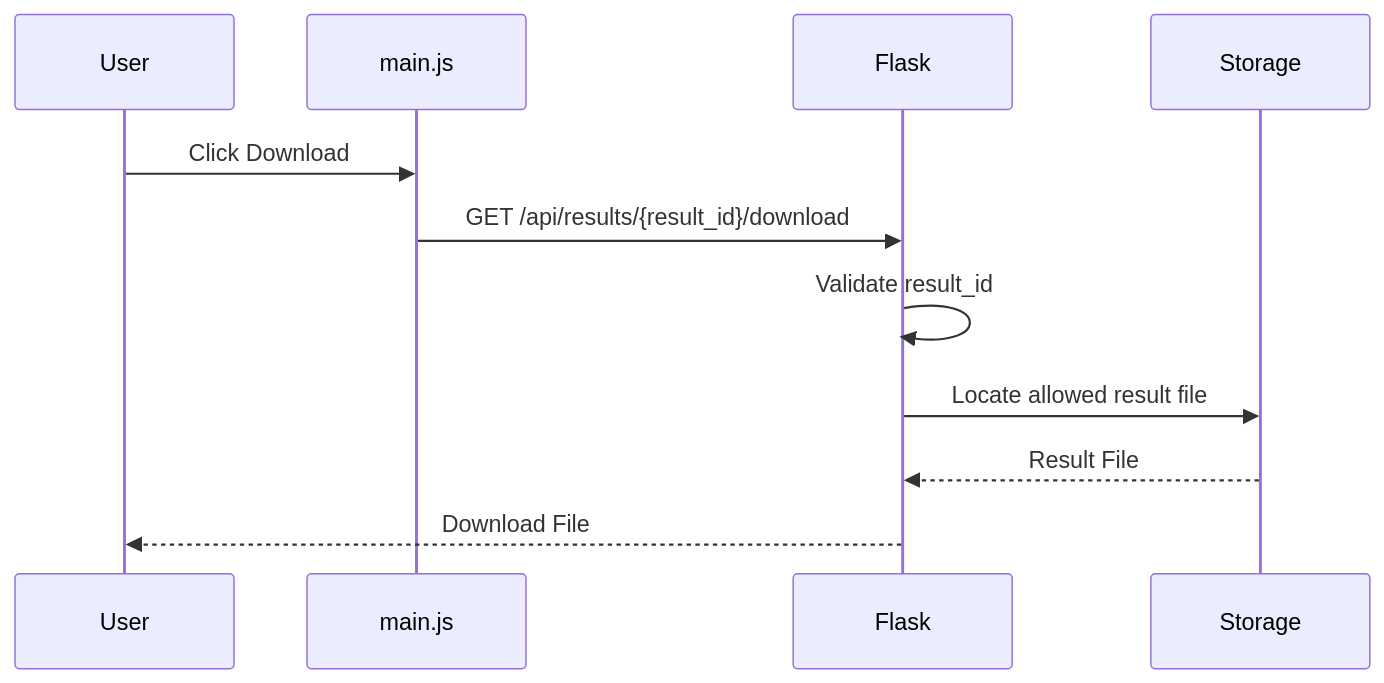
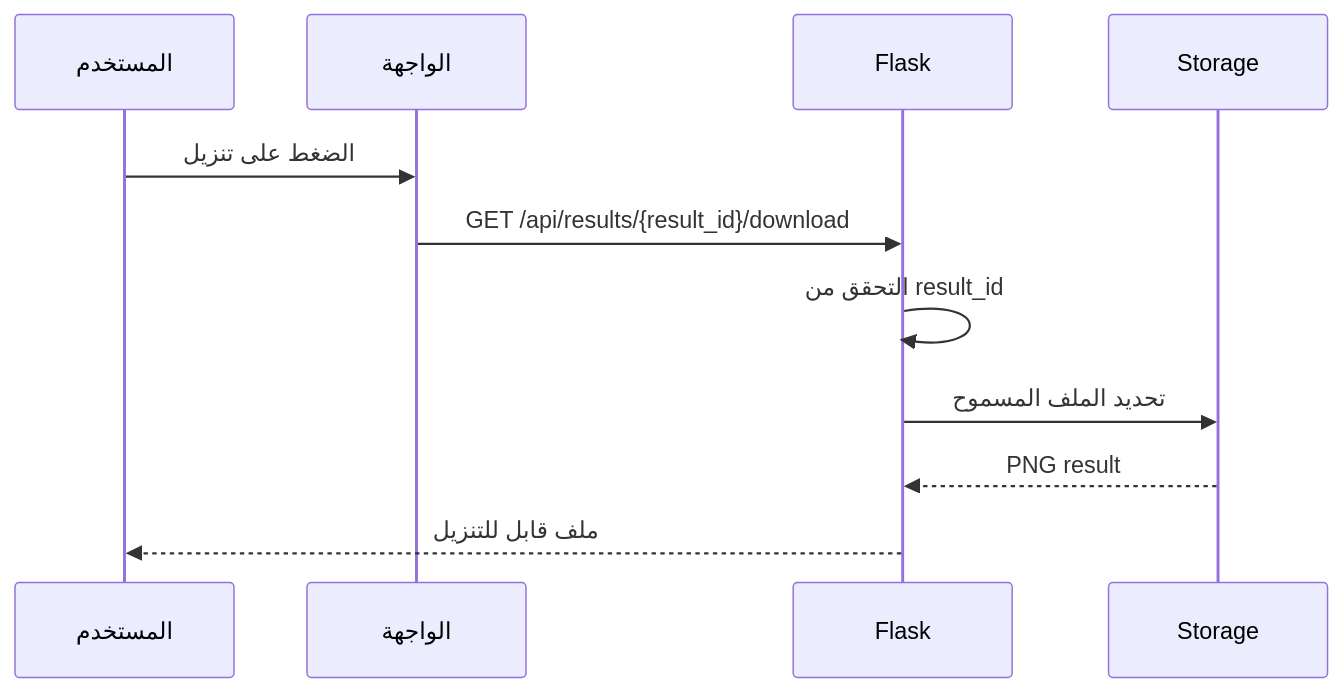
The tenth of 11 diagrams in docs/workflow.md (Alhareith/manuscript-doctor), drawn with Mermaid before and after one commit. The commit also changed other lines of this file and 168 other files, not shown here.

````diff
--- a/docs/workflow.md
+++ b/docs/workflow.md
@@ -526,14 +301,14 @@
-```mermaid id="wf-download"
+```mermaid
 sequenceDiagram
-    participant U as User
-    participant JS as main.js
+    participant U as المستخدم
+    participant UI as الواجهة
     participant F as Flask
     participant S as Storage
 
-    U->>JS: Click Download
-    JS->>F: GET /api/results/{result_id}/download
-    F->>F: Validate result_id
-    F->>S: Locate allowed result file
-    S-->>F: Result File
-    F-->>U: Download File
+    U->>UI: الضغط على تنزيل
+    UI->>F: GET /api/results/{result_id}/download
+    F->>F: التحقق من result_id
+    F->>S: تحديد الملف المسموح
+    S-->>F: PNG result
+    F-->>U: ملف قابل للتنزيل
 ```
````
